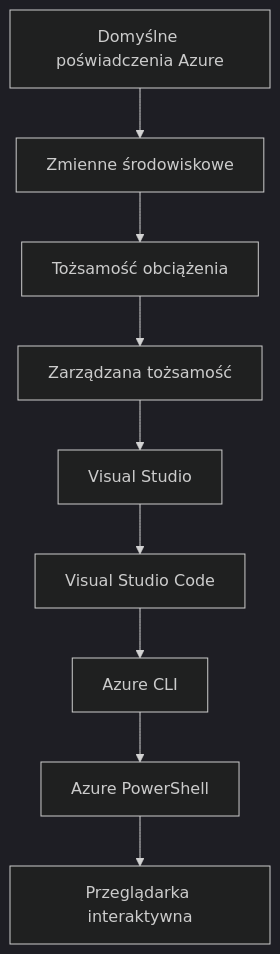
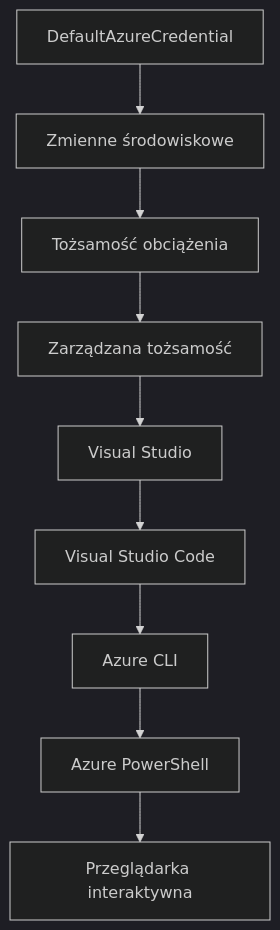
Before and after one commit to microsoft/AZD-for-beginners: the second of 2 diagrams in translations/pl/docs/chapter-01-foundation/azd-basics.md, drawn with Mermaid (dark theme). The commit also changed other lines of this file and 101 other files, not shown here.

````diff
--- a/translations/pl/docs/chapter-01-foundation/azd-basics.md
+++ b/translations/pl/docs/chapter-01-foundation/azd-basics.md
@@ -558,11 +592,11 @@
 ```mermaid
 graph TD
-    A[Domyślne poświadczenia Azure] --> B[Zmienne środowiskowe]
+    A[DefaultAzureCredential] --> B[Zmienne środowiskowe]
     B --> C[Tożsamość obciążenia]
     C --> D[Zarządzana tożsamość]
     D --> E[Visual Studio]
     E --> F[Visual Studio Code]
     F --> G[Azure CLI]
     G --> H[Azure PowerShell]
     H --> I[Przeglądarka interaktywna]
 ```
````
